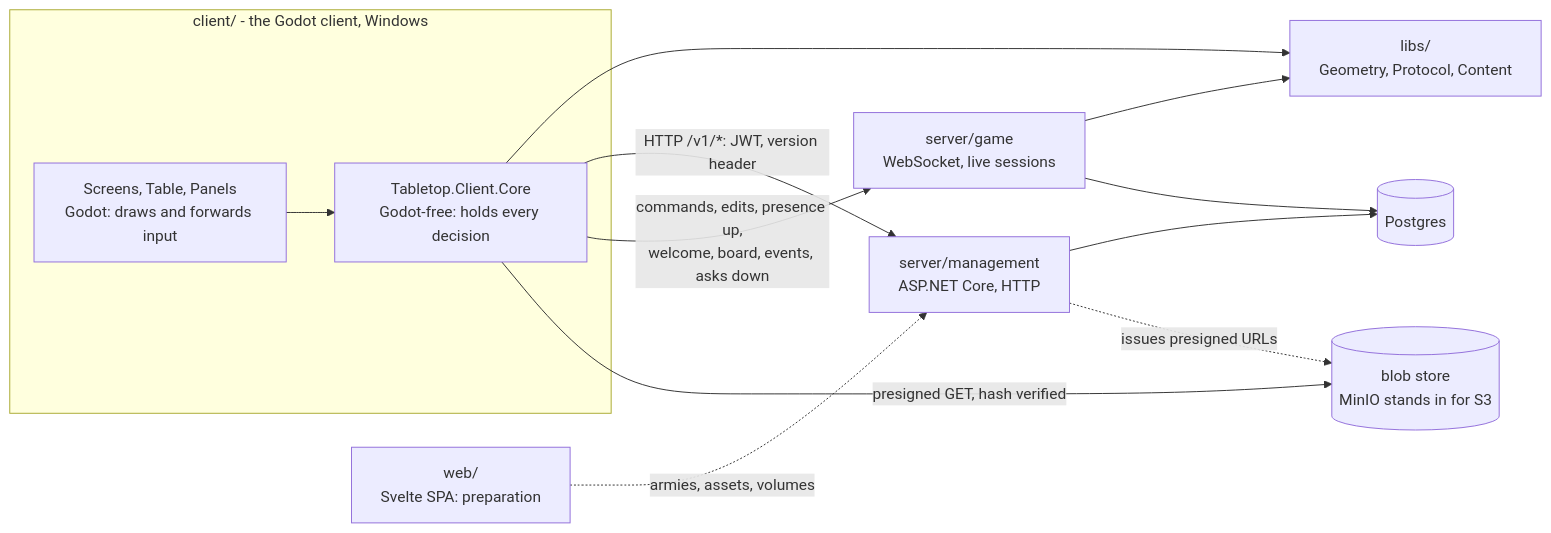
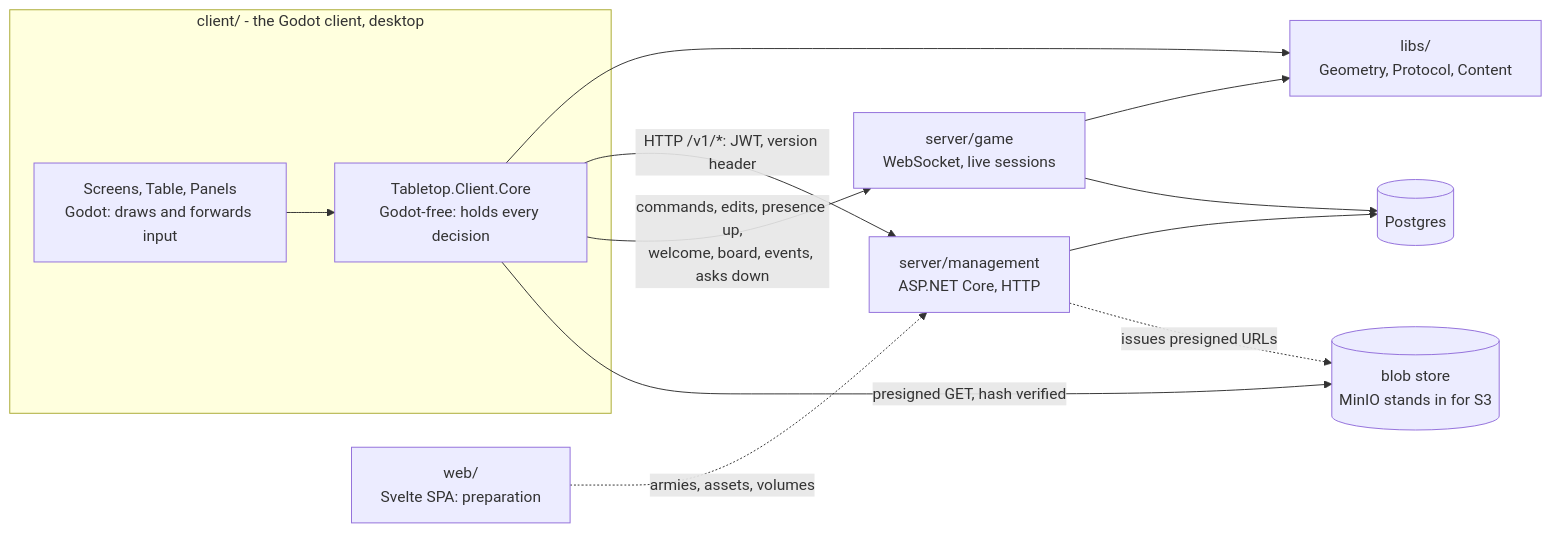
One commit to cstupi/tabletop changed the first of 13 diagrams in docs/design/client/design.md. Above: the diagram before and after it, drawn with Mermaid. The commit also changed other lines of this file and 25 other files, not shown here.

````diff
--- a/docs/design/client/design.md
+++ b/docs/design/client/design.md
@@ -66,24 +66,24 @@
 ```mermaid
 flowchart LR
-  subgraph client["client/ - the Godot client, Windows"]
+  subgraph client["client/ - the Godot client, desktop"]
     godot["Screens, Table, Panels<br/>Godot: draws and forwards input"]
     core["Tabletop.Client.Core<br/>Godot-free: holds every decision"]
   end
   libs["libs/<br/>Geometry, Protocol, Content"]
   mgmt["server/management<br/>ASP.NET Core, HTTP"]
   game["server/game<br/>WebSocket, live sessions"]
   web["web/<br/>Svelte SPA: preparation"]
   pg[("Postgres")]
   blobs[("blob store<br/>MinIO stands in for S3")]
 
   godot --> core
   core --> libs
   game --> libs
   core -- "HTTP /v1/*: JWT, version header" --> mgmt
   core -- "commands, edits, presence up,<br/>welcome, board, events, asks down" --> game
   core -- "presigned GET, hash verified" --> blobs
   mgmt --> pg
   game --> pg
   mgmt -. "issues presigned URLs" .-> blobs
   web -. "armies, assets, volumes" .-> mgmt
 ```
````
